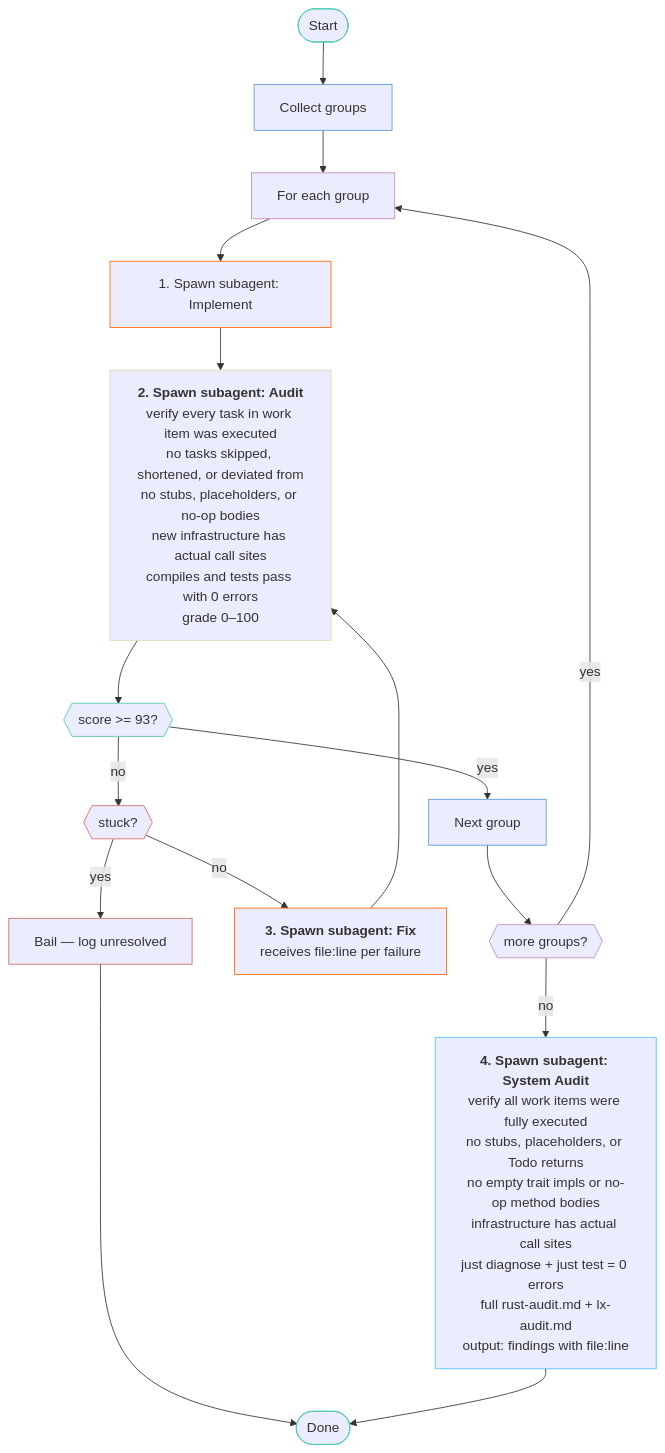
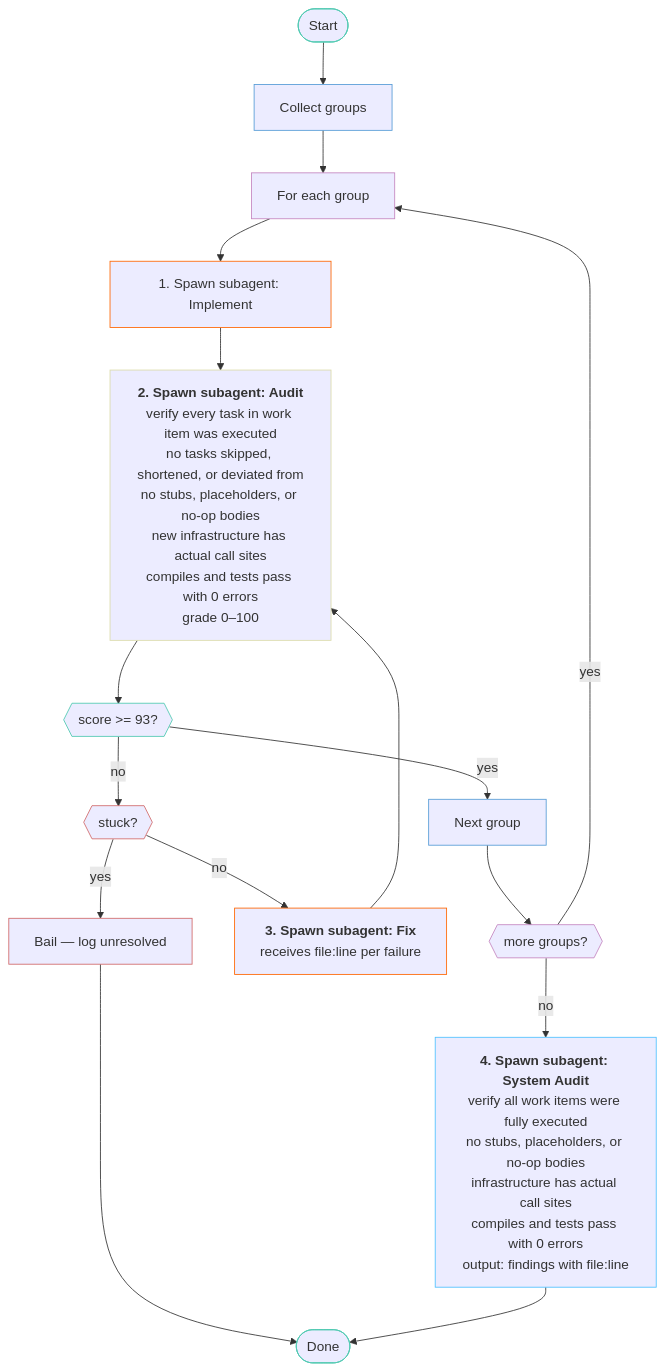
One commit to Distortedlogic/lx changed the diagram in WORKFLOW.mmd. Above: the diagram before and after it, drawn with Mermaid. The commit also changed 2 other files, not shown here.

```diff
--- a/WORKFLOW.mmd
+++ b/WORKFLOW.mmd
@@ -1,44 +1,42 @@
 graph TD
     start(["Start"]):::teal
     start --> groups["Collect groups"]:::blue
     groups --> loop_start["For each group"]:::purple
 
     loop_start --> implement["1. Spawn subagent: Implement"]:::orange
     implement --> audit["`**2. Spawn subagent: Audit**
 verify every task in work item was executed
 no tasks skipped, shortened, or deviated from
 no stubs, placeholders, or no-op bodies
 new infrastructure has actual call sites
 compiles and tests pass with 0 errors
 grade 0–100`"]:::yellow
     audit --> check{{"score >= 93?"}}:::teal
 
     check -- "yes" --> next_group["Next group"]:::blue
     check -- "no" --> stuck{{"stuck?"}}:::red
 
     stuck -- "yes" --> bail["Bail — log unresolved"]:::red
     bail --> done
 
     stuck -- "no" --> fix["`**3. Spawn subagent: Fix**
 receives file:line per failure`"]:::orange
     fix --> audit
 
     next_group --> more{{"more groups?"}}:::purple
     more -- "yes" --> loop_start
     more -- "no" --> sys_audit["`**4. Spawn subagent: System Audit**
 verify all work items were fully executed
-no stubs, placeholders, or Todo returns
-no empty trait impls or no-op method bodies
+no stubs, placeholders, or no-op bodies
 infrastructure has actual call sites
-just diagnose + just test = 0 errors
-full rust-audit.md + lx-audit.md
+compiles and tests pass with 0 errors
 output: findings with file:line`"]:::cyan
     sys_audit --> done(["Done"]):::teal
 
     classDef teal stroke:#4ec9b0
     classDef blue stroke:#569cd6
     classDef purple stroke:#c586c0
     classDef orange stroke:#ff6600
     classDef yellow stroke:#dcdcaa
     classDef red stroke:#d16969
     classDef cyan stroke:#4fc1ff
```
